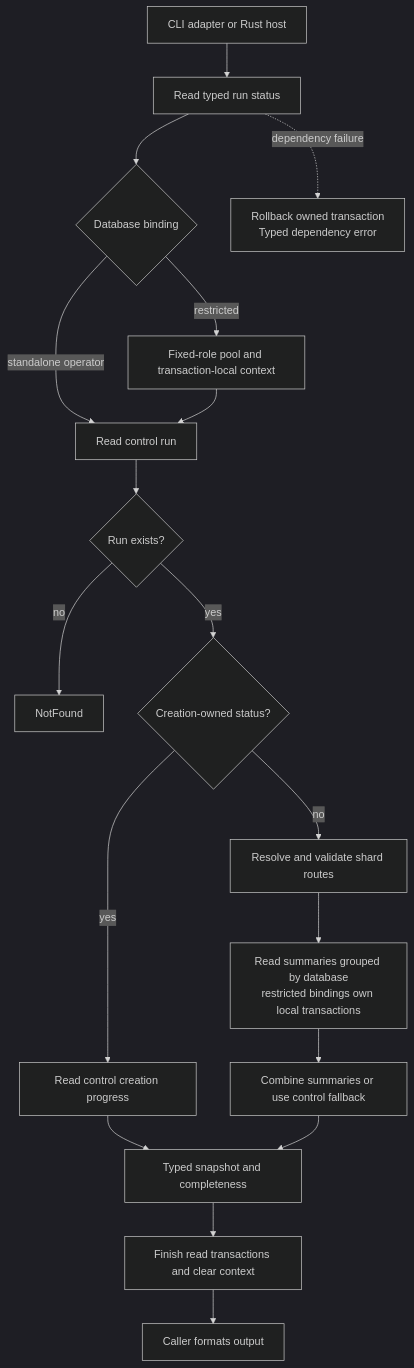
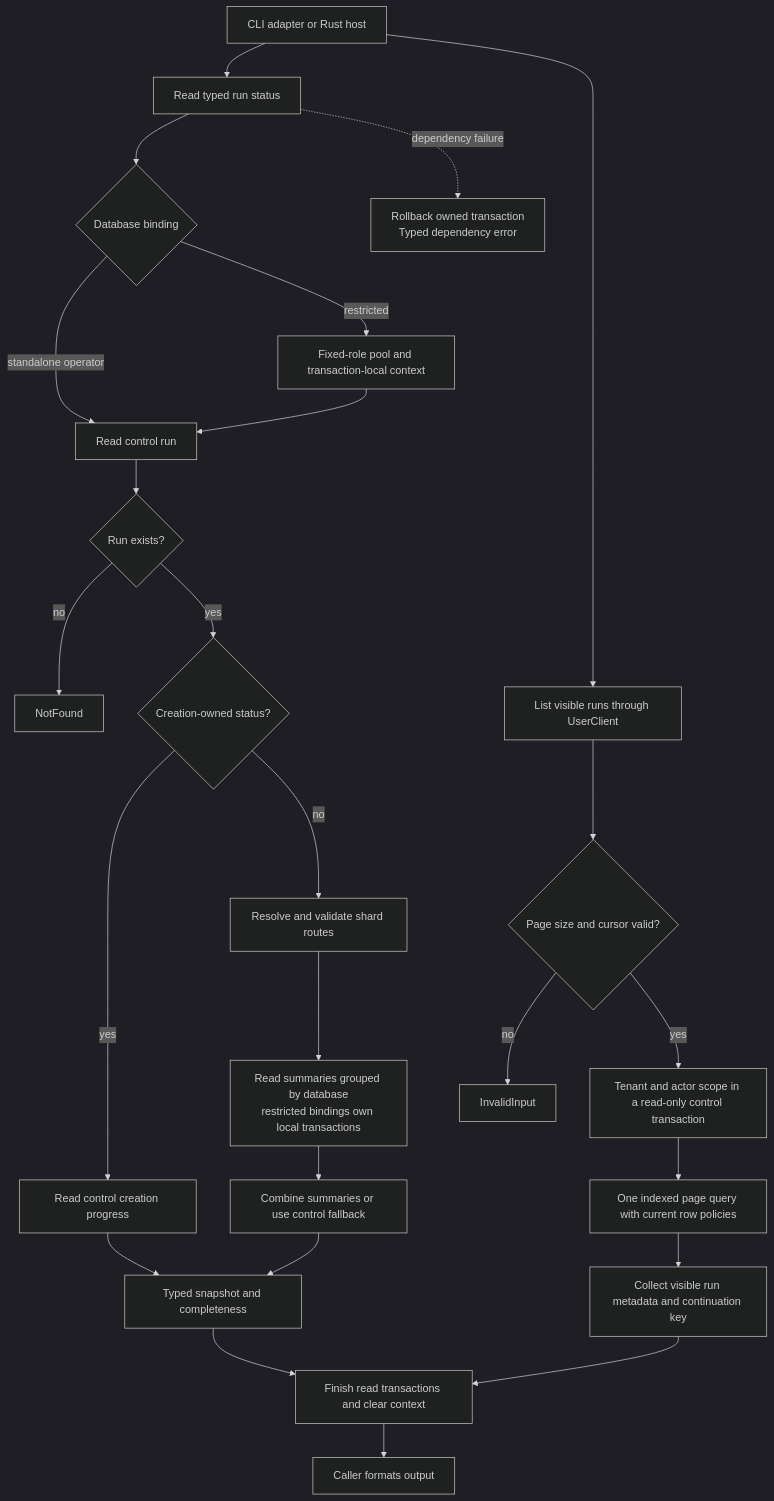
Before and after one commit to agent-vigilo/vigilo: the diagram in web/docs/architecture/structure/components/vigilo/status-flow.mmd, drawn with Mermaid (dark theme). The commit also changed 10 other files, not shown here.

First line of the commit message:
add tenant-scoped run listing

```diff
--- a/web/docs/architecture/structure/components/vigilo/status-flow.mmd
+++ b/web/docs/architecture/structure/components/vigilo/status-flow.mmd
@@ -1,18 +1,25 @@
 flowchart TD
     Caller["CLI adapter or Rust host"] --> Operation["Read typed run status"]
     Operation --> Binding{"Database binding"}
     Binding -->|standalone operator| Run["Read control run"]
     Binding -->|restricted| Context["Fixed-role pool and transaction-local context"]
     Context --> Run
     Run --> Exists{"Run exists?"}
     Exists -->|no| Missing["NotFound"]
     Exists -->|yes| Creating{"Creation-owned status?"}
     Creating -->|yes| Creation["Read control creation progress"]
     Creating -->|no| Routes["Resolve and validate shard routes"]
     Routes --> Summaries["Read summaries grouped by database<br/>restricted bindings own local transactions"]
     Summaries --> Progress["Combine summaries or use control fallback"]
     Creation --> Result["Typed snapshot and completeness"]
     Progress --> Result
     Result --> Cleanup["Finish read transactions and clear context"]
     Cleanup --> Presentation["Caller formats output"]
     Operation -. dependency failure .-> Failure["Rollback owned transaction<br/>Typed dependency error"]
+    Caller --> Listing["List visible runs through UserClient"]
+    Listing --> Cursor{"Page size and cursor valid?"}
+    Cursor -->|no| Invalid["InvalidInput"]
+    Cursor -->|yes| ListScope["Tenant and actor scope in a read-only control transaction"]
+    ListScope --> Seek["One indexed page query with current row policies"]
+    Seek --> Page["Collect visible run metadata and continuation key"]
+    Page --> Cleanup
```
